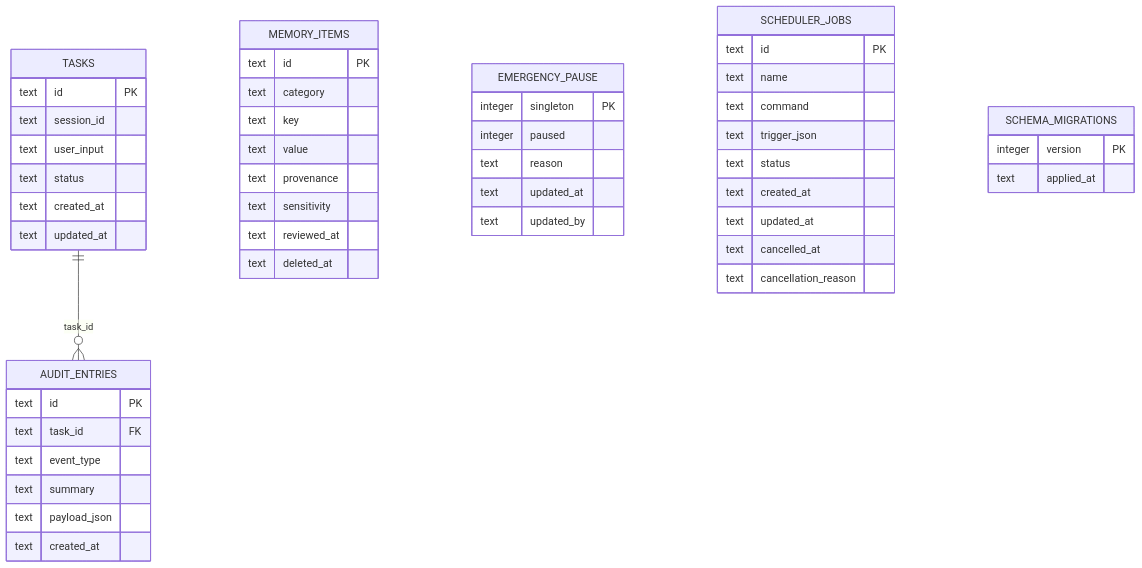
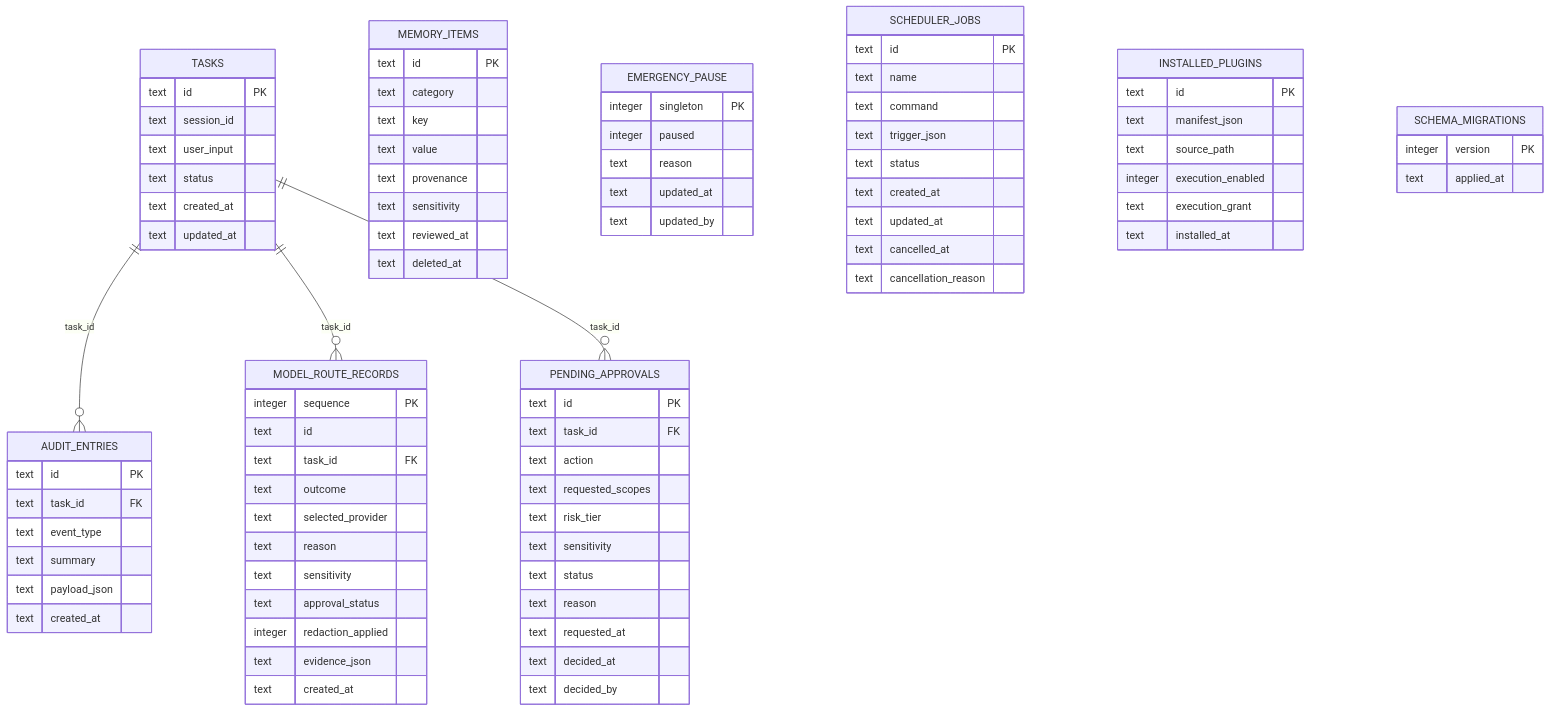
Before and after one commit to malak333/Assemblywright: the fourth of 4 diagrams in docs/architecture-map.md, drawn with Mermaid. The commit also changed other lines of this file and 8 other files, not shown here.

````diff
--- a/docs/architecture-map.md
+++ b/docs/architecture-map.md
@@ -385,6 +399,8 @@
 ```mermaid
 erDiagram
     TASKS ||--o{ AUDIT_ENTRIES : "task_id"
+    TASKS ||--o{ MODEL_ROUTE_RECORDS : "task_id"
+    TASKS ||--o{ PENDING_APPROVALS : "task_id"
     TASKS {
         text id PK
         text session_id
@@ -399,6 +415,19 @@
         text event_type
         text summary
         text payload_json
+        text created_at
+    }
+    MODEL_ROUTE_RECORDS {
+        integer sequence PK
+        text id
+        text task_id FK
+        text outcome
+        text selected_provider
+        text reason
+        text sensitivity
+        text approval_status
+        integer redaction_applied
+        text evidence_json
         text created_at
     }
     MEMORY_ITEMS {
@@ -429,6 +458,27 @@
         text cancelled_at
         text cancellation_reason
     }
+    PENDING_APPROVALS {
+        text id PK
+        text task_id FK
+        text action
+        text requested_scopes
+        text risk_tier
+        text sensitivity
+        text status
+        text reason
+        text requested_at
+        text decided_at
+        text decided_by
+    }
+    INSTALLED_PLUGINS {
+        text id PK
+        text manifest_json
+        text source_path
+        integer execution_enabled
+        text execution_grant
+        text installed_at
+    }
     SCHEMA_MIGRATIONS {
         integer version PK
         text applied_at
````
